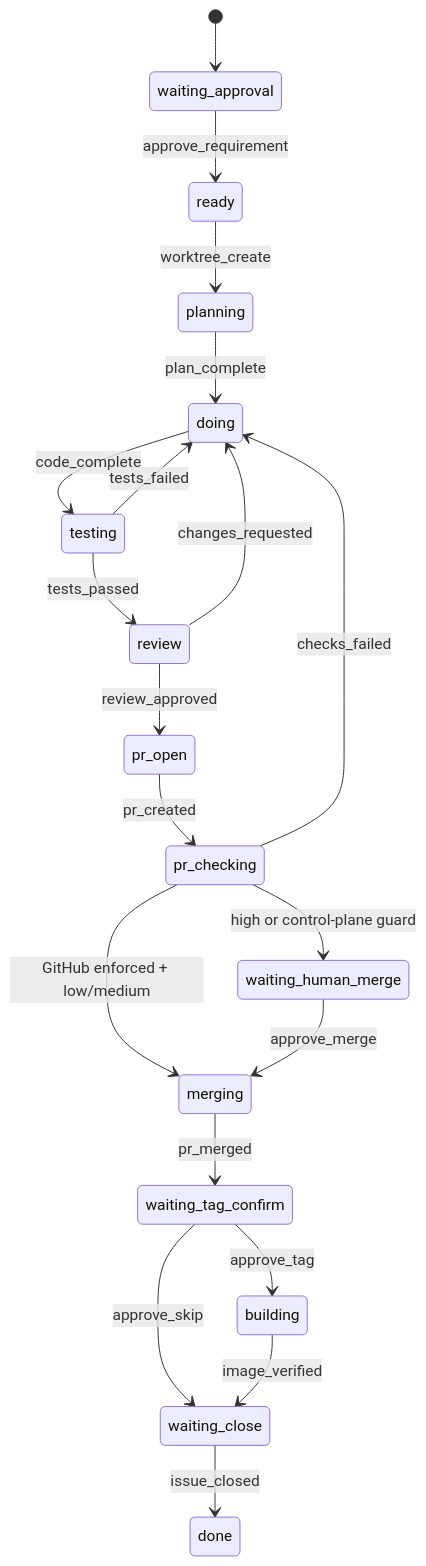
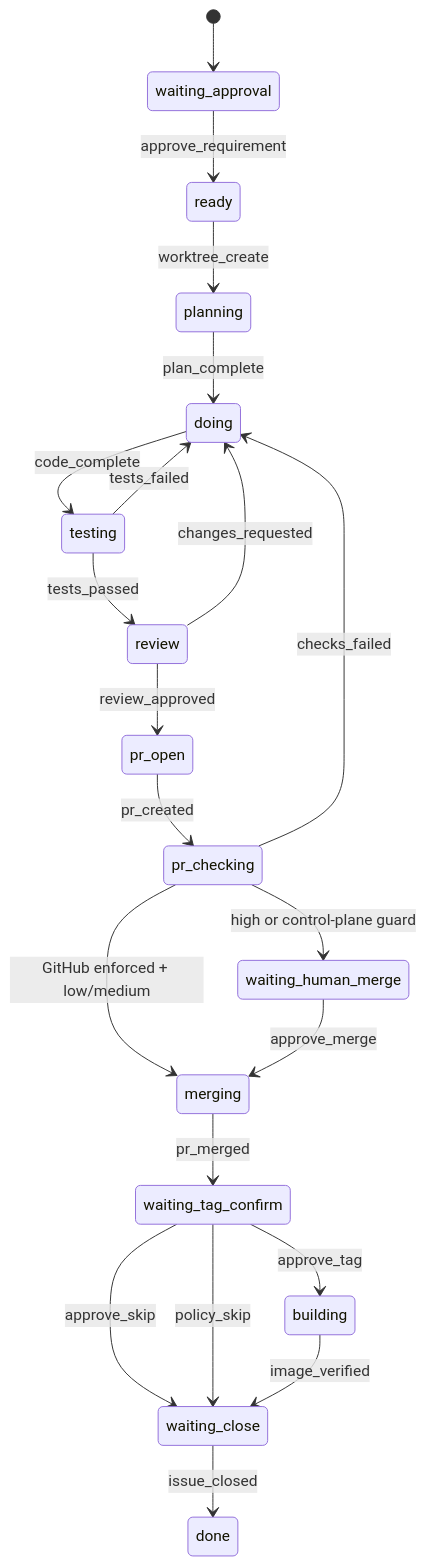
One commit to hutong236/hutong-zcode-marketplace changed the second of 2 diagrams in CMDB_ZCode_AI_Dev_Workflow.md. Above: the diagram before and after it, drawn with Mermaid. The commit also changed other lines of this file and 16 other files, not shown here.

````diff
--- a/CMDB_ZCode_AI_Dev_Workflow.md
+++ b/CMDB_ZCode_AI_Dev_Workflow.md
@@ -106,22 +116,23 @@
 ```mermaid
 stateDiagram-v2
   [*] --> waiting_approval
   waiting_approval --> ready: approve_requirement
   ready --> planning: worktree_create
   planning --> doing: plan_complete
   doing --> testing: code_complete
   testing --> doing: tests_failed
   testing --> review: tests_passed
   review --> doing: changes_requested
   review --> pr_open: review_approved
   pr_open --> pr_checking: pr_created
   pr_checking --> doing: checks_failed
   pr_checking --> merging: GitHub enforced + low/medium
   pr_checking --> waiting_human_merge: high or control-plane guard
   waiting_human_merge --> merging: approve_merge
   merging --> waiting_tag_confirm: pr_merged
   waiting_tag_confirm --> building: approve_tag
   waiting_tag_confirm --> waiting_close: approve_skip
+  waiting_tag_confirm --> waiting_close: policy_skip
   building --> waiting_close: image_verified
   waiting_close --> done: issue_closed
 ```
````
